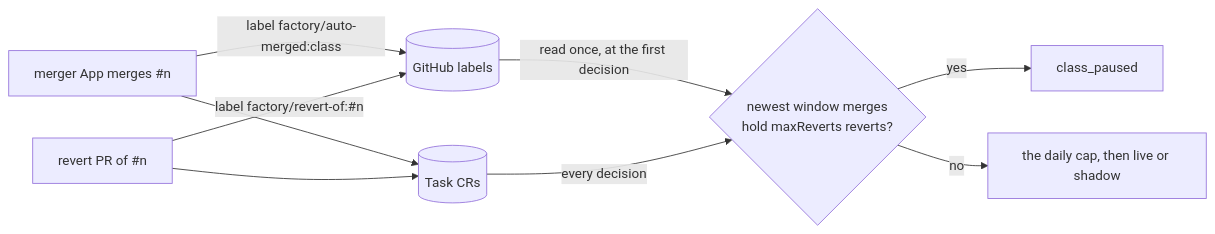
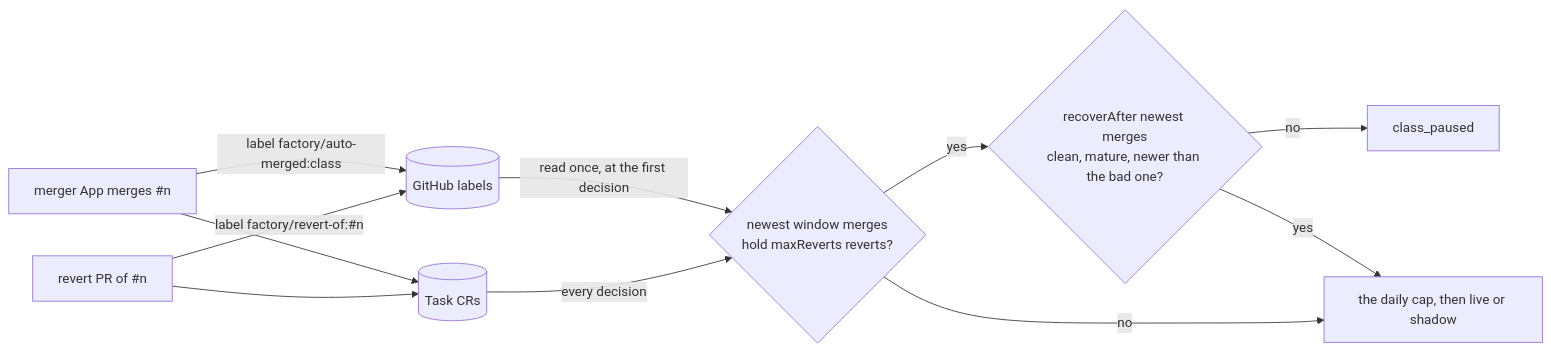
One commit to Smana/agent-platform changed the eighth of 8 diagrams in docs/factory.md. Above: the diagram before and after it, drawn with Mermaid. The commit also changed other lines of this file and 11 other files, not shown here.

Commit message:
feat(factory): the class_paused gauge; the breaker's docs

````diff
--- a/docs/factory.md
+++ b/docs/factory.md
@@ -753,11 +781,13 @@
 ```mermaid
 flowchart LR
   merged["merger App merges #n"] -->|"label factory/auto-merged:class"| gh[("GitHub labels")]
   revert["revert PR of #n"] -->|"label factory/revert-of:#n"| gh
   merged --> tasks[("Task CRs")]
   revert --> tasks
   gh -->|"read once, at the first decision"| breaker{"newest window merges<br/>hold maxReverts reverts?"}
   tasks -->|"every decision"| breaker
-  breaker -->|yes| paused["class_paused"]
+  breaker -->|yes| recover{"recoverAfter newest merges<br/>clean, mature, newer than the bad one?"}
+  recover -->|no| paused["class_paused"]
+  recover -->|yes| next
   breaker -->|no| next["the daily cap, then live or shadow"]
 ```
````
